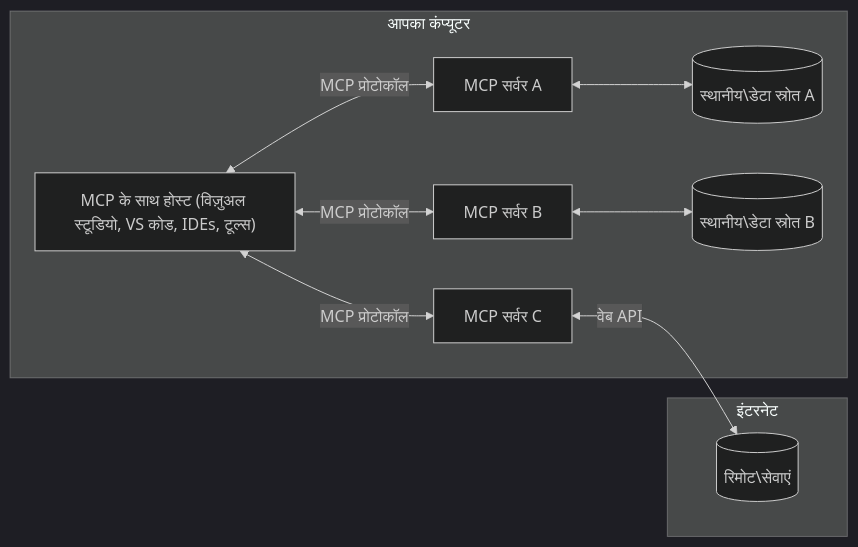
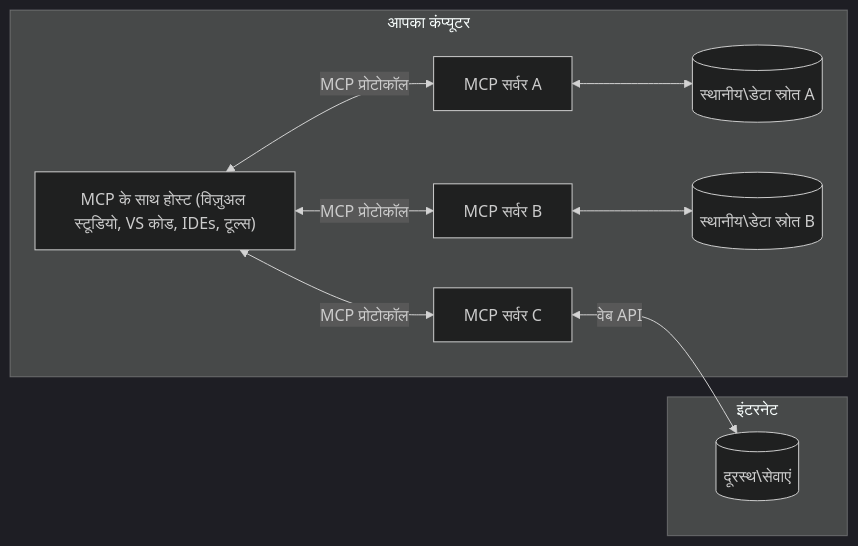
One commit to Mu-L/mcp-for-beginners changed the diagram in translations/hi/01-CoreConcepts/README.md. Above: the diagram before and after it, drawn with Mermaid (dark theme). The commit also changed other lines of this file and 5 other files, not shown here.

````diff
--- a/translations/hi/01-CoreConcepts/README.md
+++ b/translations/hi/01-CoreConcepts/README.md
@@ -45,17 +44,17 @@
 ```mermaid
 flowchart LR
     subgraph "आपका कंप्यूटर"
         Host["MCP के साथ होस्ट (विज़ुअल स्टूडियो, VS कोड, IDEs, टूल्स)"]
         S1["MCP सर्वर A"]
         S2["MCP सर्वर B"]
         S3["MCP सर्वर C"]
         Host <-->|"MCP प्रोटोकॉल"| S1
         Host <-->|"MCP प्रोटोकॉल"| S2
         Host <-->|"MCP प्रोटोकॉल"| S3
         S1 <--> D1[("स्थानीय\डेटा स्रोत A")]
         S2 <--> D2[("स्थानीय\डेटा स्रोत B")]
     end
     subgraph "इंटरनेट"
-        S3 <-->|"वेब API"| D3[("रिमोट\सेवाएं")]
+        S3 <-->|"वेब API"| D3[("दूरस्थ\सेवाएं")]
     end
 ```
````
